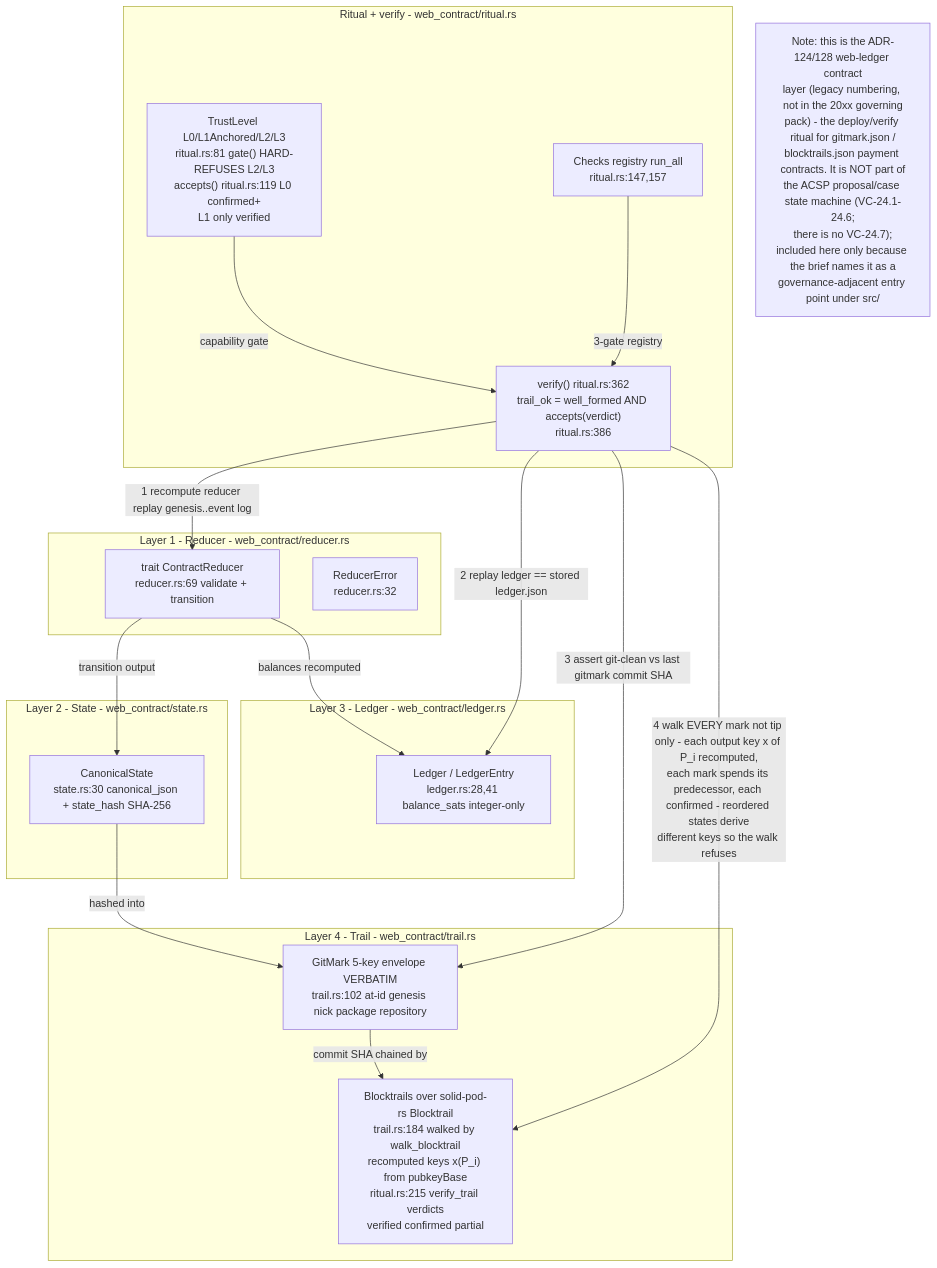
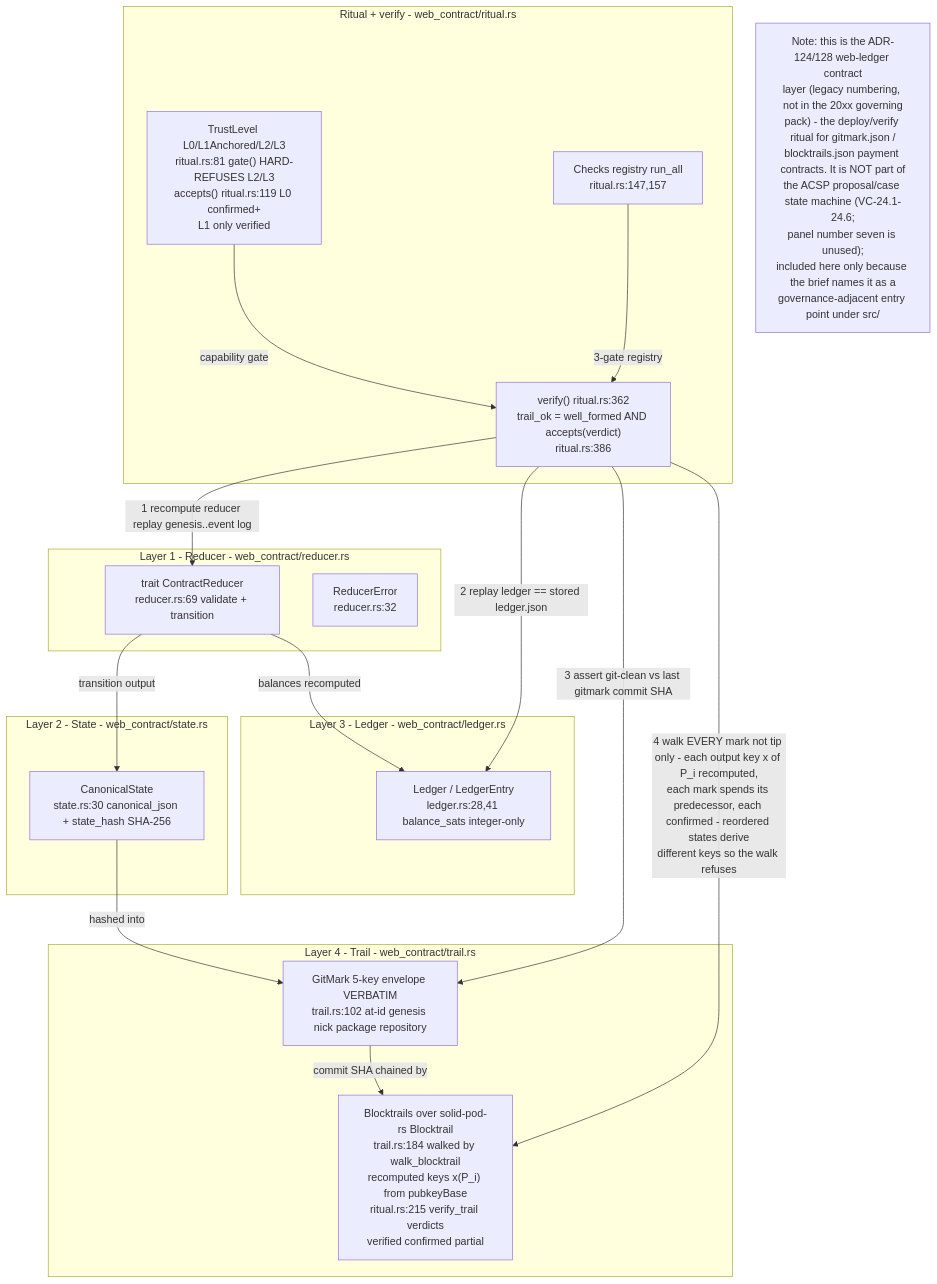
Before and after one commit to DreamLab-AI/VisionFlow: the ninth of 13 diagrams in docs/diagrams/visionclaw/24-acsp-decision-elevation.md, drawn with Mermaid. The commit also changed other lines of this file and 9 other files, not shown here.

````diff
--- a/docs/diagrams/visionclaw/24-acsp-decision-elevation.md
+++ b/docs/diagrams/visionclaw/24-acsp-decision-elevation.md
@@ -357,33 +357,33 @@
 ```mermaid
 flowchart TB
     subgraph L1["Layer 1 - Reducer - web_contract/reducer.rs"]
         TR["trait ContractReducer<br/>reducer.rs:69 validate + transition"]
         RE["ReducerError<br/>reducer.rs:32"]
     end
     subgraph L2["Layer 2 - State - web_contract/state.rs"]
         CS["CanonicalState<br/>state.rs:30 canonical_json + state_hash SHA-256"]
     end
     subgraph L3["Layer 3 - Ledger - web_contract/ledger.rs"]
         LE["Ledger / LedgerEntry<br/>ledger.rs:28,41 balance_sats integer-only"]
     end
     subgraph L4["Layer 4 - Trail - web_contract/trail.rs"]
         GM["GitMark 5-key envelope VERBATIM<br/>trail.rs:102 at-id genesis nick package repository"]
         BT["Blocktrails over solid-pod-rs Blocktrail<br/>trail.rs:184 walked by walk_blocktrail<br/>recomputed keys x(P_i) from pubkeyBase<br/>ritual.rs:215 verify_trail verdicts<br/>verified confirmed partial"]
     end
     subgraph RIT["Ritual + verify - web_contract/ritual.rs"]
         TL["TrustLevel L0/L1Anchored/L2/L3<br/>ritual.rs:81 gate() HARD-REFUSES L2/L3<br/>accepts() ritual.rs:119 L0 confirmed+<br/>L1 only verified"]
         CH["Checks registry run_all<br/>ritual.rs:147,157"]
         VF["verify() ritual.rs:362<br/>trail_ok = well_formed AND accepts(verdict)<br/>ritual.rs:386"]
     end
     TR -->|transition output| CS
     CS -->|hashed into| GM
     TR -->|balances recomputed| LE
     GM -->|commit SHA chained by| BT
     VF -->|1 recompute reducer replay genesis..event log| TR
     VF -->|2 replay ledger == stored ledger.json| LE
     VF -->|3 assert git-clean vs last gitmark commit SHA| GM
     VF -->|4 walk EVERY mark not tip only - each output key x of P_i recomputed,<br/>each mark spends its predecessor, each confirmed - reordered states derive<br/>different keys so the walk refuses| BT
     CH -->|3-gate registry| VF
     TL -->|capability gate| VF
-    Note1["Note: this is the ADR-124/128 web-ledger contract<br/>layer (legacy numbering, not in the 20xx governing<br/>pack) - the deploy/verify ritual for gitmark.json /<br/>blocktrails.json payment contracts. It is NOT part of<br/>the ACSP proposal/case state machine (VC-24.1-24.6;<br/>there is no VC-24.7);<br/>included here only because the brief names it as a<br/>governance-adjacent entry point under src/"]
+    Note1["Note: this is the ADR-124/128 web-ledger contract<br/>layer (legacy numbering, not in the 20xx governing<br/>pack) - the deploy/verify ritual for gitmark.json /<br/>blocktrails.json payment contracts. It is NOT part of<br/>the ACSP proposal/case state machine (VC-24.1-24.6;<br/>panel number seven is unused);<br/>included here only because the brief names it as a<br/>governance-adjacent entry point under src/"]
 ```
````
